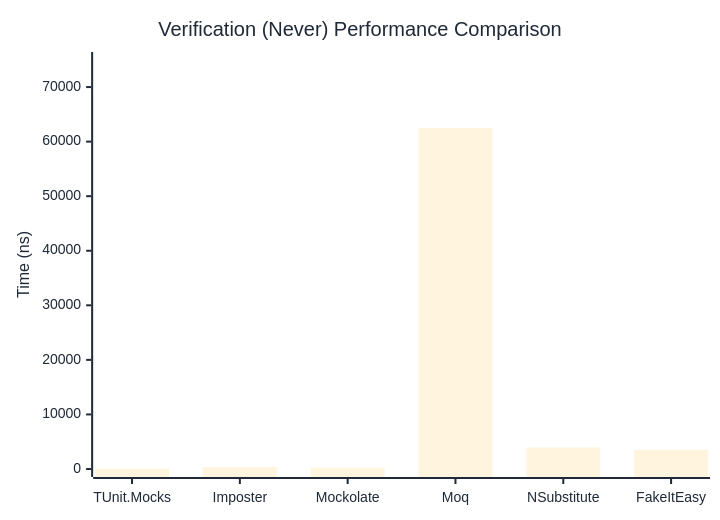
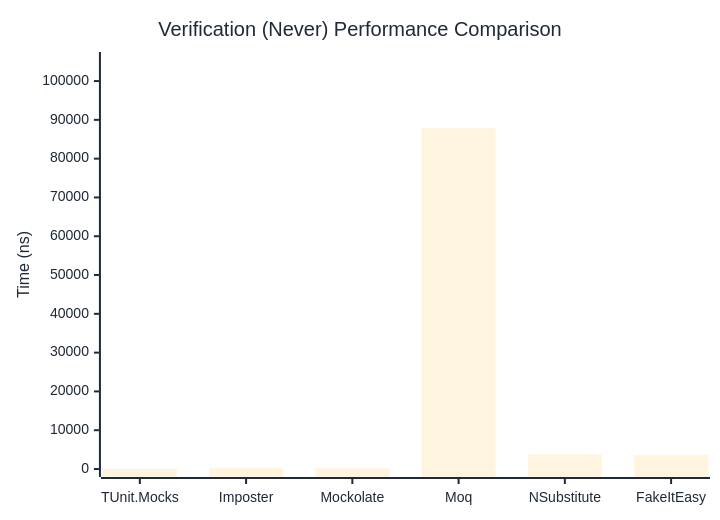
Before and after one commit to thomhurst/TUnit: the second of 3 diagrams in docs/docs/benchmarks/mocks/Verification.md, drawn with Mermaid. The commit also changed other lines of this file and 14 other files, not shown here.

````diff
--- a/docs/docs/benchmarks/mocks/Verification.md
+++ b/docs/docs/benchmarks/mocks/Verification.md
@@ -71,27 +71,27 @@
 ```mermaid
 %%{init: {
   'theme':'base',
   'themeVariables': {
     'primaryColor': '#2563eb',
     'primaryTextColor': '#1f2937',
     'primaryBorderColor': '#1e40af',
     'lineColor': '#6b7280',
     'secondaryColor': '#7c3aed',
     'tertiaryColor': '#dc2626',
     'background': '#ffffff',
     'pie1': '#2563eb',
     'pie2': '#7c3aed',
     'pie3': '#dc2626',
     'pie4': '#f59e0b',
     'pie5': '#10b981',
     'pie6': '#06b6d4',
     'pie7': '#ec4899',
     'pie8': '#6366f1'
   }
 }}%%
 xychart-beta
   title "Verification (Never) Performance Comparison"
   x-axis ["TUnit.Mocks", "Imposter", "Mockolate", "Moq", "NSubstitute", "FakeItEasy"]
-  y-axis "Time (ns)" 0 --> 74960
-  bar [57.76, 346.61, 254.15, 62466.28, 3925.45, 3497.77]
+  y-axis "Time (ns)" 0 --> 105431
+  bar [50.08, 327.54, 229.82, 87859.01, 3738.77, 3539.39]
 ```
````
